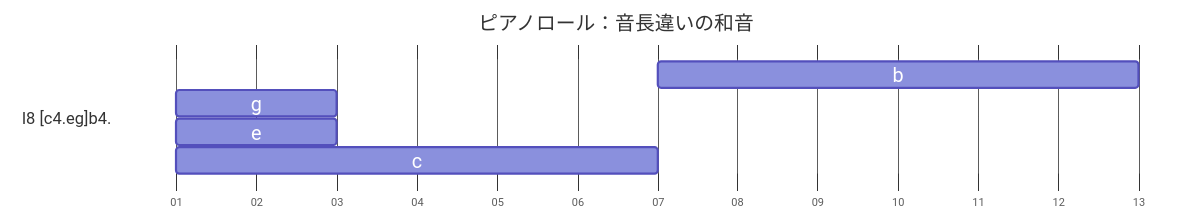
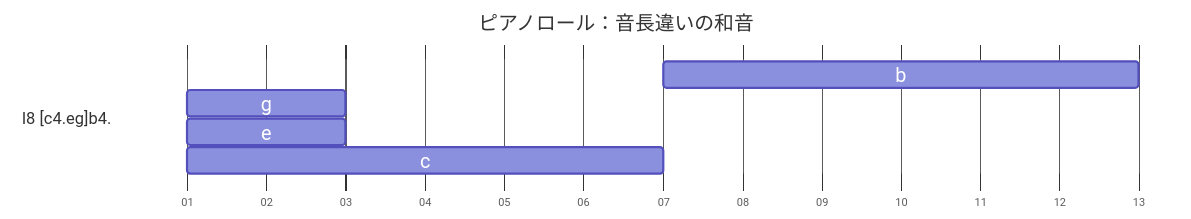
One commit to lineardrive/V3MMLmanual changed the third of 4 diagrams in docs/ch09/9_2.md. Above: the diagram before and after it, drawn with Mermaid. The commit also changed other lines of this file, not shown here.

````diff
--- a/docs/ch09/9_2.md
+++ b/docs/ch09/9_2.md
@@ -87,29 +87,29 @@
 ```mermaid
 ---
 config:
   themeCSS: >-
     .tick text { display: none; }
   themeVariables:
     excludeBkgColor: "transparent"
     sectionBkgColor: "#fff"
   gantt:
     topPadding: 64
     titleTopMargin: 35
     barHeight: 24
     barGap: 2
     fontSize: 18
     sectionFontSize: 15
-    leftPadding: 150
+    leftPadding: 160
 ---
 gantt
     title ピアノロール：音長違いの和音
     dateFormat YYYY-MM-DD
     tickInterval 1day
     axisFormat %d
 
     section l8 [c4.eg]b4.
         b :  t4,   after t1, 6d
         g :  t3, 2025-01-01, 2d
         e :  t2, 2025-01-01, 2d
         c :  t1, 2025-01-01, 6d
 ```
````
